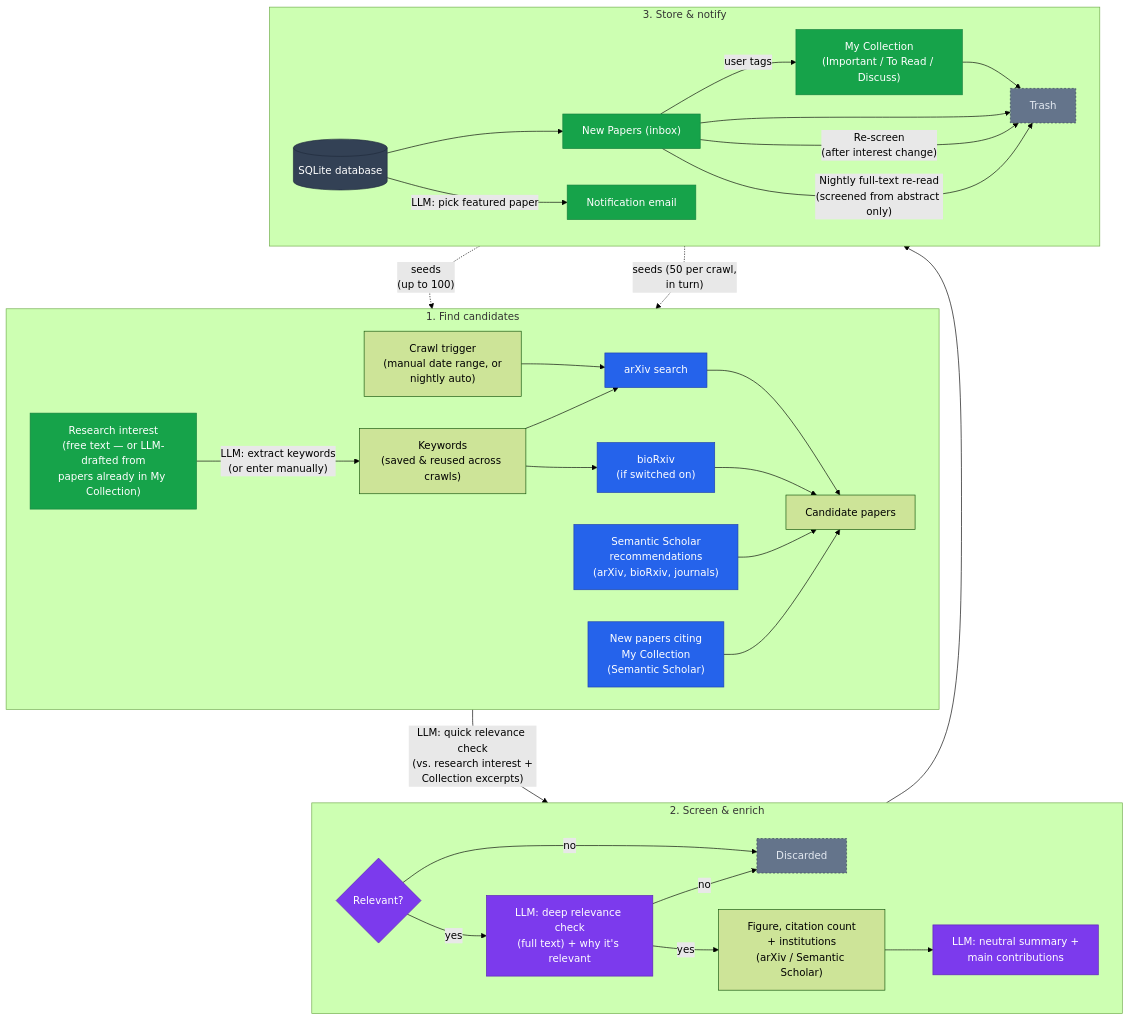
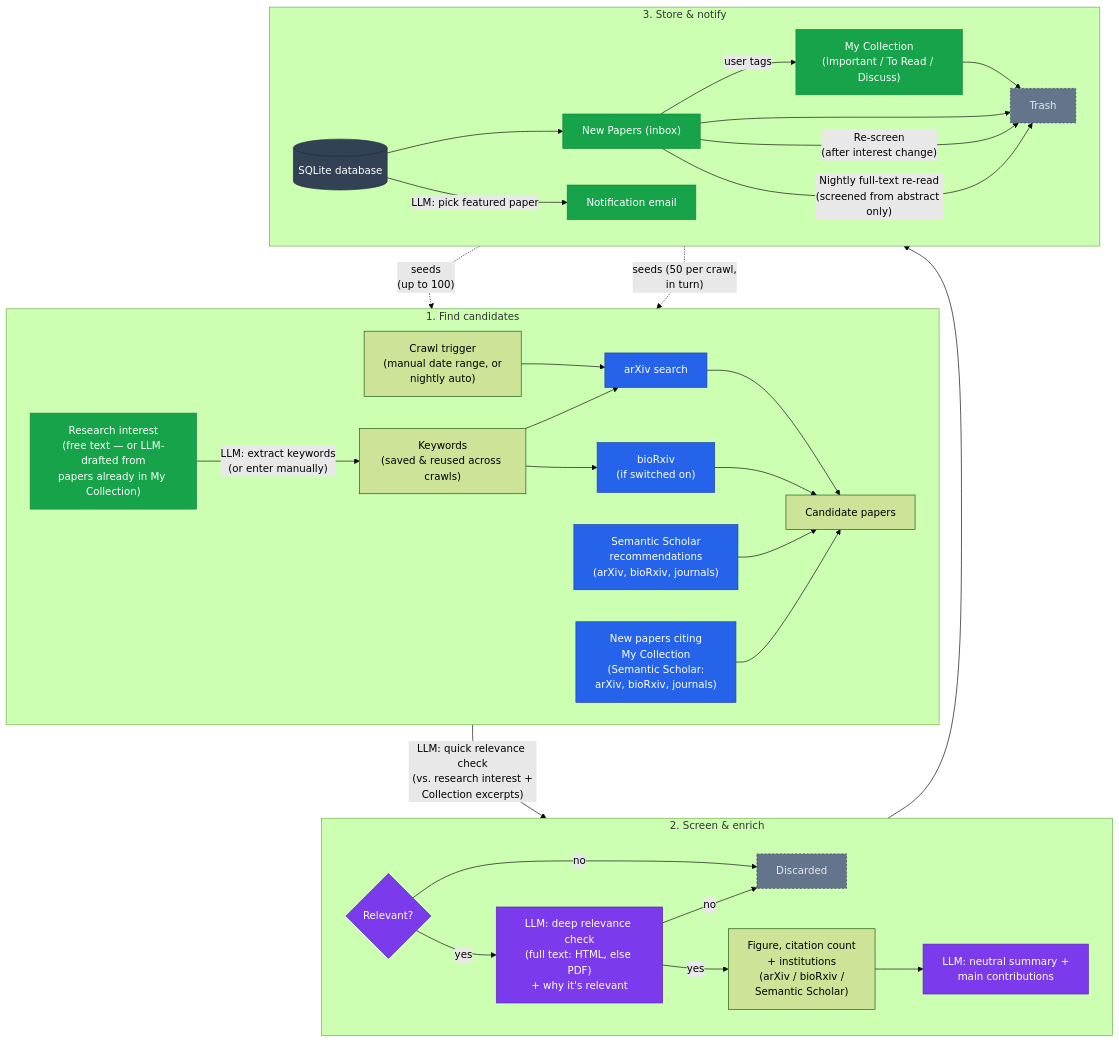
Before and after one commit to MassEast/paper-agent: the diagram in README.md, drawn with Mermaid (forest theme). The commit also changed other lines of this file and 5 other files, not shown here.

````diff
--- a/README.md
+++ b/README.md
@@ -26,50 +26,50 @@
 ```mermaid
 flowchart TD
     subgraph Phase1["1. Find candidates"]
         direction LR
         RI["Research interest<br/>(free text — or LLM-drafted from<br/>papers already in My Collection)"] -->|"LLM: extract keywords<br/>(or enter manually)"| KW["Keywords<br/>(saved & reused across crawls)"]
         SCHED["Crawl trigger<br/>(manual date range, or<br/>nightly auto)"] --> ARX["arXiv search"]
         KW --> ARX
         KW --> BIO["bioRxiv<br/>(if switched on)"]
         ARX --> CAND["Candidate papers"]
         BIO --> CAND
         SS["Semantic Scholar<br/>recommendations<br/>(arXiv, bioRxiv, journals)"] --> CAND
-        CITE["New papers citing<br/>My Collection<br/>(Semantic Scholar)"] --> CAND
+        CITE["New papers citing<br/>My Collection<br/>(Semantic Scholar:<br/>arXiv, bioRxiv, journals)"] --> CAND
     end
 
     subgraph Phase2["2. Screen & enrich"]
         direction LR
-        Q{Relevant?} -- yes --> DEEP["LLM: deep relevance check<br/>(full text) + why it's relevant"]
+        Q{Relevant?} -- yes --> DEEP["LLM: deep relevance check<br/>(full text: HTML, else PDF)<br/>+ why it's relevant"]
         Q -- no --> DROP["Discarded"]
         DEEP -- no --> DROP
-        DEEP -- yes --> FIG["Figure, citation count<br/>+ institutions<br/>(arXiv / Semantic Scholar)"]
+        DEEP -- yes --> FIG["Figure, citation count<br/>+ institutions<br/>(arXiv / bioRxiv /<br/>Semantic Scholar)"]
         FIG --> SUM["LLM: neutral summary +<br/>main contributions"]
     end
 
     subgraph Phase3["3. Store & notify"]
         direction LR
         DB[("SQLite database")] --> NEW["New Papers (inbox)"]
         NEW -->|"user tags"| COLL["My Collection<br/>(Important / To Read / Discuss)"]
         COLL --> TRASH["Trash"]
         NEW --> TRASH
         NEW -->|"Re-screen<br/>(after interest change)"| TRASH
         NEW -->|"Nightly full-text re-read<br/>(screened from abstract only)"| TRASH
         DB -->|"LLM: pick featured paper"| MAIL["Notification email"]
     end
 
     CAND -->|"LLM: quick relevance check<br/>(vs. research interest +<br/>Collection excerpts)"| Q
     SUM --> DB
     COLL -.->|"seeds<br/>(up to 100)"| SS
     COLL -.->|"seeds (50 per crawl,<br/>in turn)"| CITE
 
     classDef external fill:#2563eb,color:#fff,stroke:#1e40af,stroke-width:1px
     classDef llm fill:#7c3aed,color:#fff,stroke:#5b21b6,stroke-width:1px
     classDef store fill:#334155,color:#fff,stroke:#1e293b,stroke-width:1px
     classDef endpoint fill:#16a34a,color:#fff,stroke:#15803d,stroke-width:1px
     classDef dropped fill:#64748b,color:#e2e8f0,stroke:#334155,stroke-width:1px,stroke-dasharray:3 3
     class ARX,BIO,SS,CITE external
     class Q,DEEP,SUM llm
     class DB store
     class RI,NEW,COLL,MAIL endpoint
     class DROP,TRASH dropped
 ```
````
